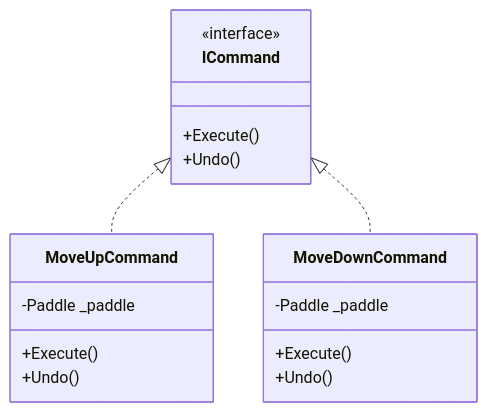
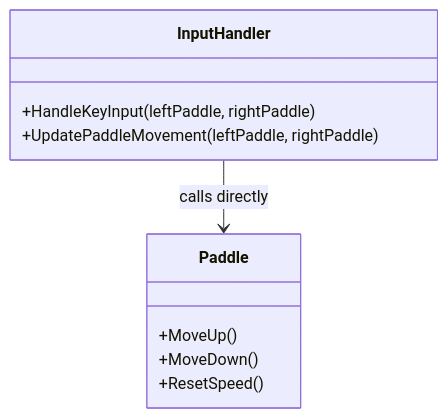
The seventh of 14 diagrams in pong_game/UML_DIAGRAM_MERMAID.md (105727702/pong_game_c-1), drawn with Mermaid before and after one commit. The commit also changed other lines of this file and 9 other files, not shown here.

````diff
--- a/pong_game/UML_DIAGRAM_MERMAID.md
+++ b/pong_game/UML_DIAGRAM_MERMAID.md
@@ -299,23 +299,15 @@
 ```mermaid
 classDiagram
-    class ICommand {
-        <<interface>>
-        +Execute()
-        +Undo()
+    class InputHandler {
+        +HandleKeyInput(leftPaddle, rightPaddle)
+        +UpdatePaddleMovement(leftPaddle, rightPaddle)
     }
     
-    class MoveUpCommand {
-        -Paddle _paddle
-        +Execute()
-        +Undo()
+    class Paddle {
+        +MoveUp()
+        +MoveDown()
+        +ResetSpeed()
     }
     
-    class MoveDownCommand {
-        -Paddle _paddle
-        +Execute()
-        +Undo()
-    }
-    
-    ICommand <|.. MoveUpCommand
-    ICommand <|.. MoveDownCommand
+    InputHandler --> Paddle : calls directly
 ```
````
